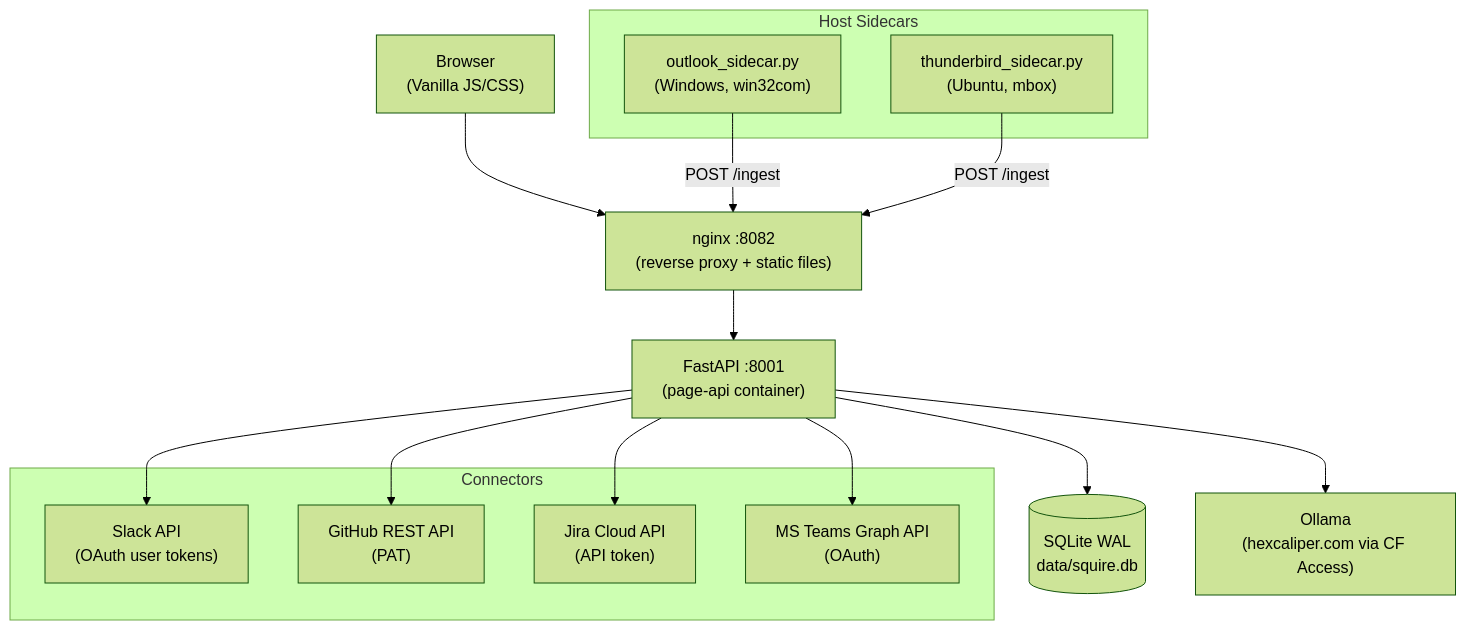
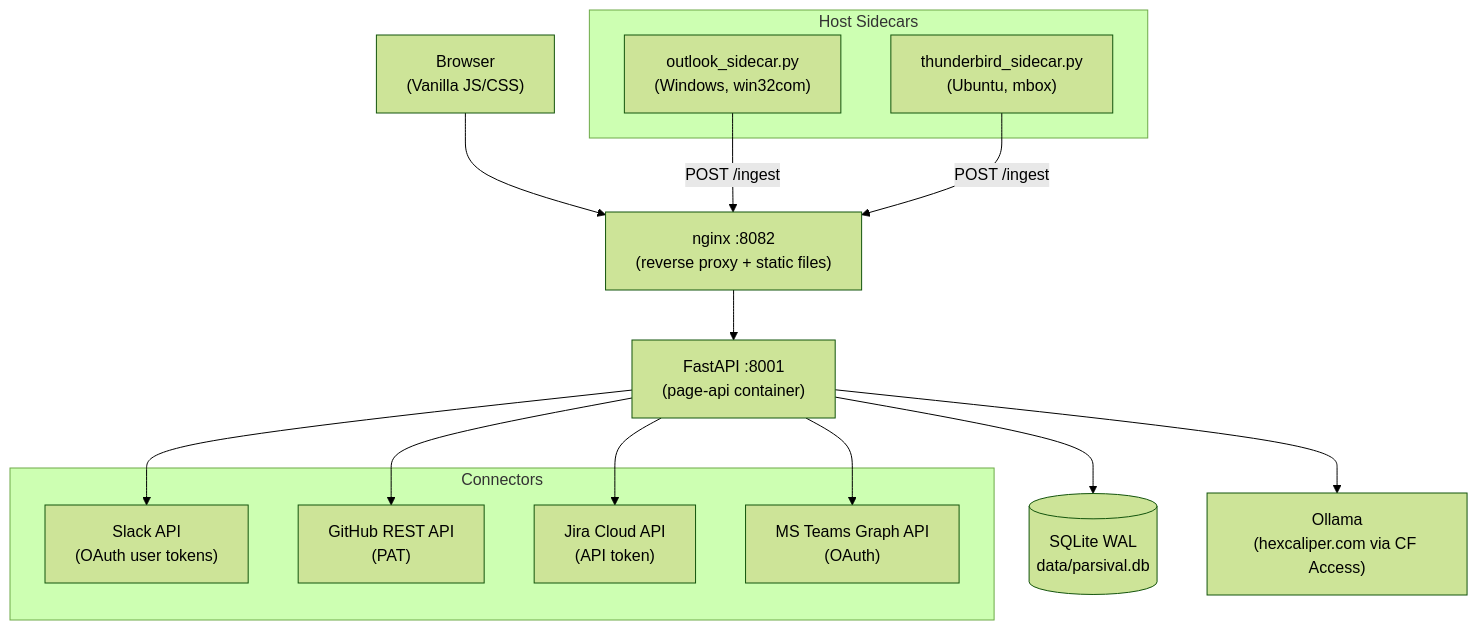
One commit to rcanterberryhall/hexcaliper-parsival changed the first of 10 diagrams in DESIGN.md. Above: the diagram before and after it, drawn with Mermaid (forest theme). The commit also changed other lines of this file and 3 other files, not shown here.

First line of the commit message:
Rename Squire to Parsival throughout docs

````diff
--- a/DESIGN.md
+++ b/DESIGN.md
@@ -13,31 +13,31 @@
 ```mermaid
 graph TD
     Browser["Browser\n(Vanilla JS/CSS)"]
     Nginx["nginx :8082\n(reverse proxy + static files)"]
     API["FastAPI :8001\n(page-api container)"]
-    SQLite[("SQLite WAL\ndata/squire.db")]
+    SQLite[("SQLite WAL\ndata/parsival.db")]
     Ollama["Ollama\n(hexcaliper.com via CF Access)"]
 
     subgraph Connectors
         Slack["Slack API\n(OAuth user tokens)"]
         GitHub["GitHub REST API\n(PAT)"]
         Jira["Jira Cloud API\n(API token)"]
         Teams["MS Teams Graph API\n(OAuth)"]
     end
 
     subgraph Host Sidecars
         OutlookSidecar["outlook_sidecar.py\n(Windows, win32com)"]
         ThunderbirdSidecar["thunderbird_sidecar.py\n(Ubuntu, mbox)"]
     end
 
     Browser --> Nginx
     Nginx --> API
     API --> SQLite
     API --> Ollama
     API --> Slack
     API --> GitHub
     API --> Jira
     API --> Teams
     OutlookSidecar -->|"POST /ingest"| Nginx
     ThunderbirdSidecar -->|"POST /ingest"| Nginx
 ```
````
